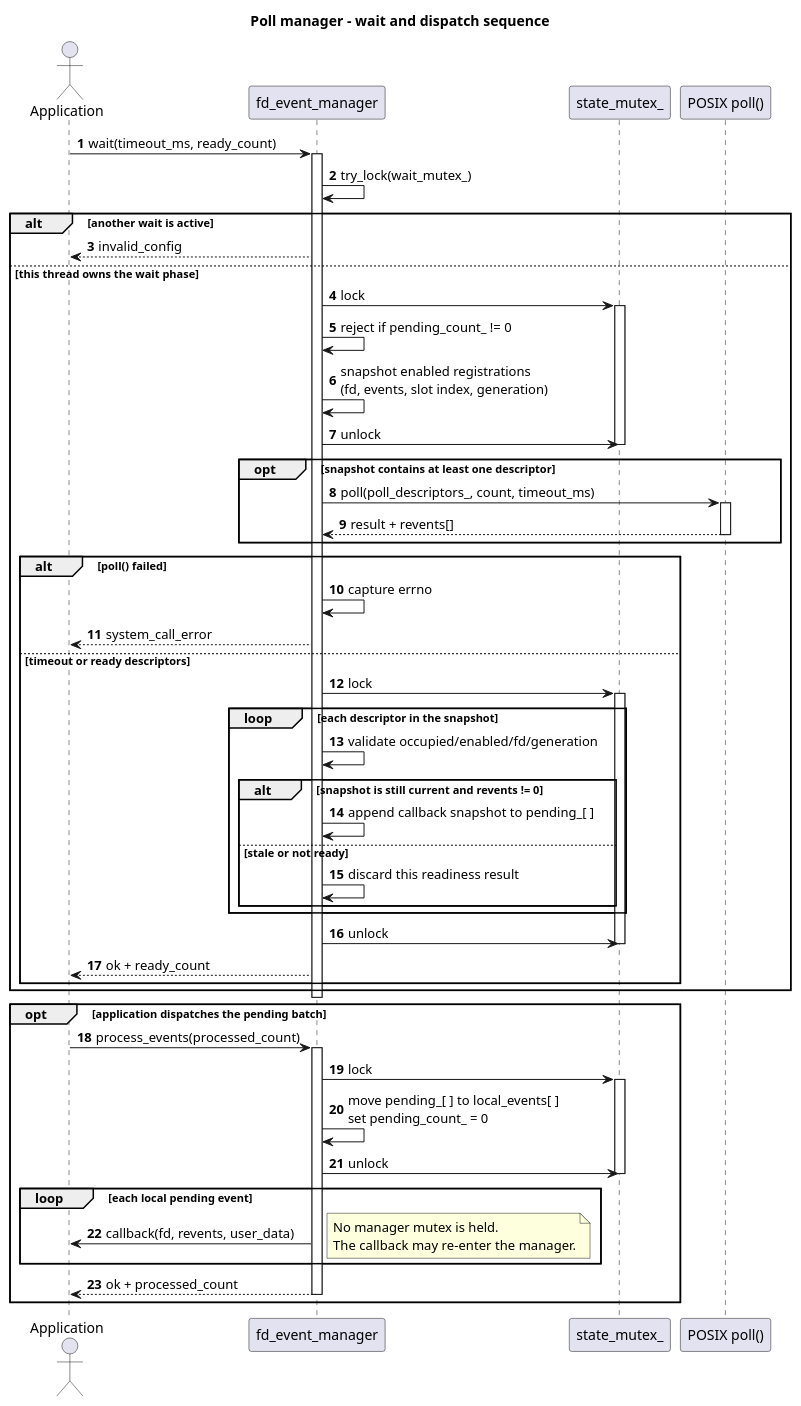
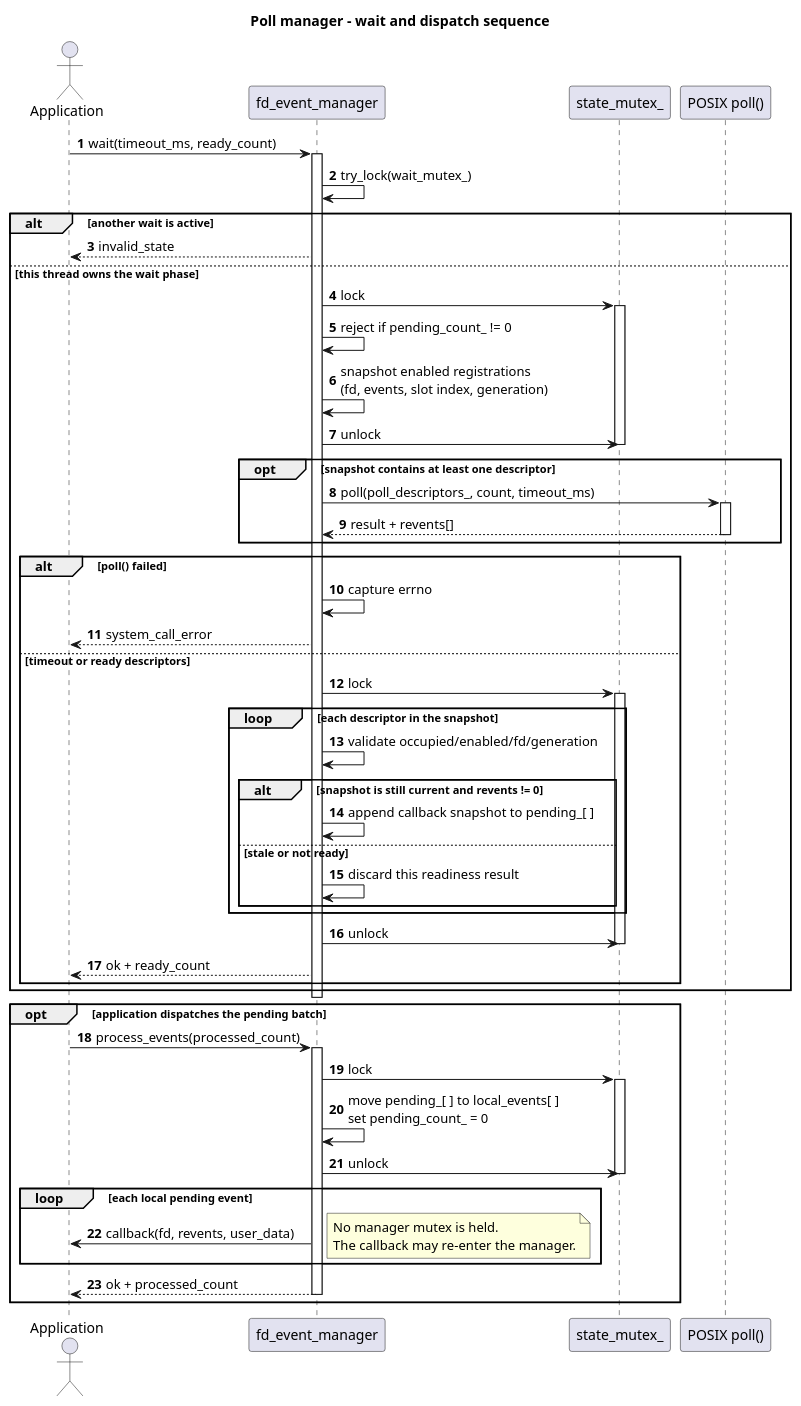
One commit to nguyenchiemminhvu/castle changed the third of 3 diagrams in docs/castle_ext/io/fd/README.md. Above: the diagram before and after it, drawn with PlantUML. The commit also changed other lines of this file and 226 other files, not shown here.

````diff
--- a/docs/castle_ext/io/fd/README.md
+++ b/docs/castle_ext/io/fd/README.md
@@ -193,71 +193,71 @@
 ```plantuml
 @startuml
  title Poll manager - wait and dispatch sequence
 
  autonumber
  actor Application
  participant "fd_event_manager" as Manager
  participant "state_mutex_" as StateLock
  participant "POSIX poll()" as Kernel
 
  Application -> Manager : wait(timeout_ms, ready_count)
  activate Manager
  Manager -> Manager : try_lock(wait_mutex_)
  alt another wait is active
-   Manager --> Application : invalid_config
+   Manager --> Application : invalid_state
  else this thread owns the wait phase
    Manager -> StateLock : lock
    activate StateLock
    Manager -> Manager : reject if pending_count_ != 0
    Manager -> Manager : snapshot enabled registrations\n(fd, events, slot index, generation)
    Manager -> StateLock : unlock
    deactivate StateLock
 
    opt snapshot contains at least one descriptor
      Manager -> Kernel : poll(poll_descriptors_, count, timeout_ms)
      activate Kernel
      Kernel --> Manager : result + revents[]
      deactivate Kernel
    end
 
    alt poll() failed
      Manager -> Manager : capture errno
      Manager --> Application : system_call_error
    else timeout or ready descriptors
      Manager -> StateLock : lock
      activate StateLock
      loop each descriptor in the snapshot
        Manager -> Manager : validate occupied/enabled/fd/generation
        alt snapshot is still current and revents != 0
          Manager -> Manager : append callback snapshot to pending_[ ]
        else stale or not ready
          Manager -> Manager : discard this readiness result
        end
      end
      Manager -> StateLock : unlock
      deactivate StateLock
      Manager --> Application : ok + ready_count
    end
  end
  deactivate Manager
 
  opt application dispatches the pending batch
    Application -> Manager : process_events(processed_count)
    activate Manager
    Manager -> StateLock : lock
    activate StateLock
    Manager -> Manager : move pending_[ ] to local_events[ ]\nset pending_count_ = 0
    Manager -> StateLock : unlock
    deactivate StateLock
    loop each local pending event
      Manager -> Application : callback(fd, revents, user_data)
      note right
        No manager mutex is held.
        The callback may re-enter the manager.
      end note
    end
    Manager --> Application : ok + processed_count
    deactivate Manager
  end
 @enduml
 ```
````
